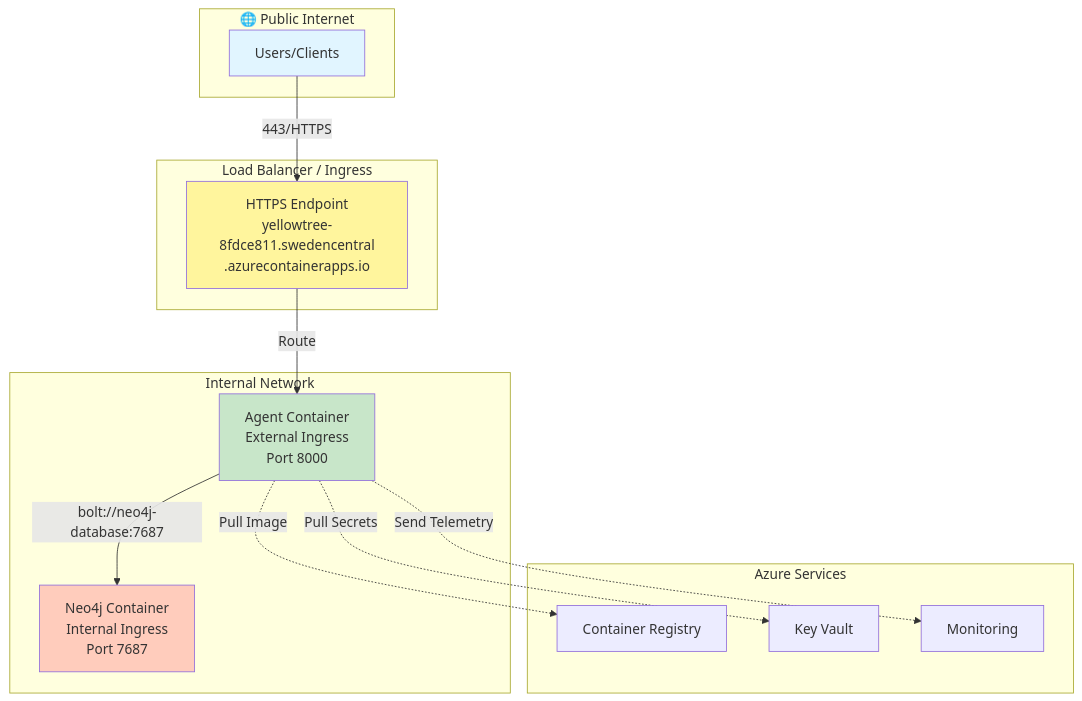
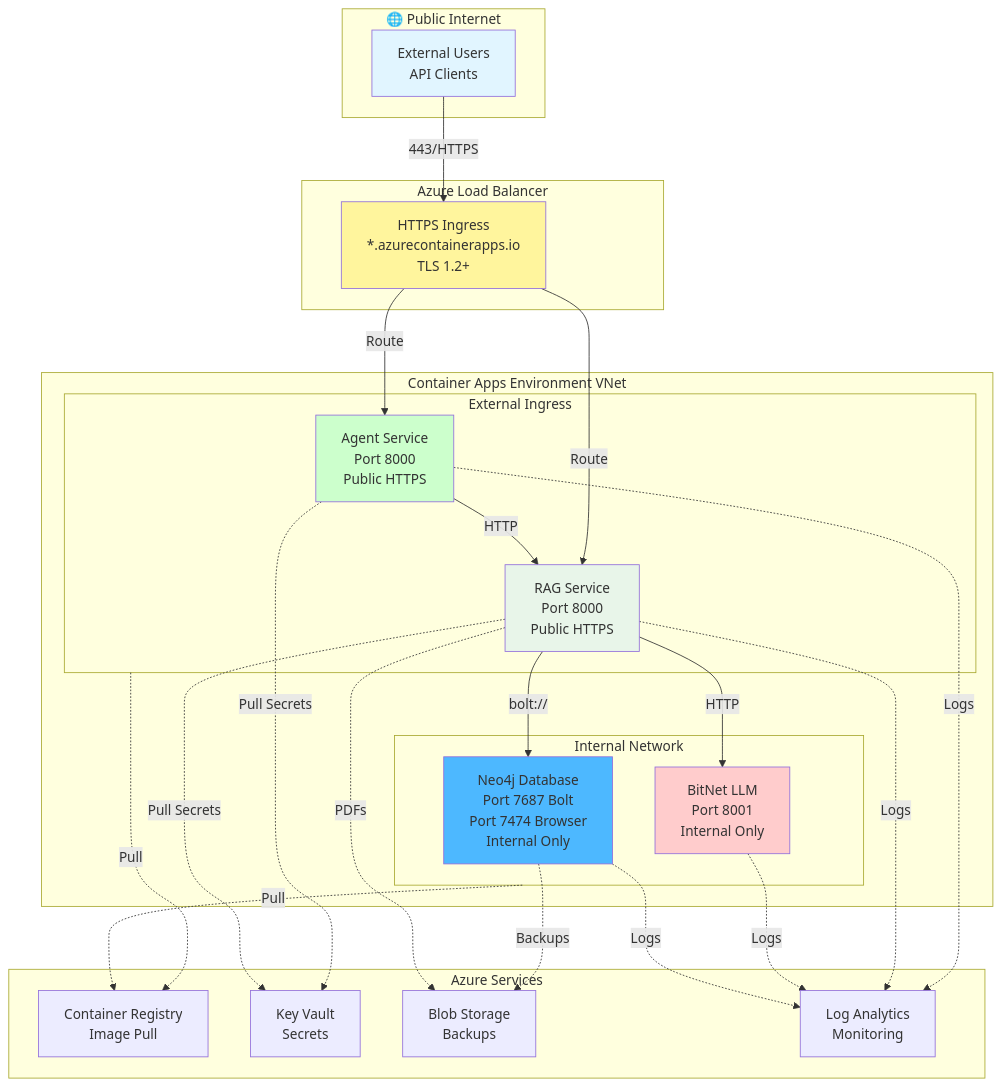
Before and after one commit to ma3u/neo4j-agentframework: the fifth of 15 diagrams in docs/AZURE_ARCHITECTURE.md, drawn with Mermaid. The commit also changed other lines of this file, not shown here.

````diff
--- a/docs/AZURE_ARCHITECTURE.md
+++ b/docs/AZURE_ARCHITECTURE.md
@@ -155,33 +296,57 @@
 ```mermaid
 graph TB
     subgraph Public["🌐 Public Internet"]
-        USERS[Users/Clients]
+        USERS[External Users<br/>API Clients]
     end
 
-    subgraph LB["Load Balancer / Ingress"]
-        HTTPS[HTTPS Endpoint<br/>yellowtree-8fdce811.swedencentral<br/>.azurecontainerapps.io]
+    subgraph LB["Azure Load Balancer"]
+        HTTPS[HTTPS Ingress<br/>*.azurecontainerapps.io<br/>TLS 1.2+]
     end
 
-    subgraph Internal["Internal Network"]
-        AGENT[Agent Container<br/>External Ingress<br/>Port 8000]
-        NEO4J[Neo4j Container<br/>Internal Ingress<br/>Port 7687]
+    subgraph VNet["Container Apps Environment VNet"]
+        subgraph External["External Ingress"]
+            AGENT[Agent Service<br/>Port 8000<br/>Public HTTPS]
+            RAG[RAG Service<br/>Port 8000<br/>Public HTTPS]
+        end
+
+        subgraph Internal["Internal Network"]
+            BITNET[BitNet LLM<br/>Port 8001<br/>Internal Only]
+            NEO4J[Neo4j Database<br/>Port 7687 Bolt<br/>Port 7474 Browser<br/>Internal Only]
+        end
     end
 
     subgraph Services["Azure Services"]
-        ACR_NET[Container Registry]
-        KV[Key Vault]
-        MON[Monitoring]
+        ACR_NET[Container Registry<br/>Image Pull]
+        KV[Key Vault<br/>Secrets]
+        STORAGE[Blob Storage<br/>Backups]
+        MON[Log Analytics<br/>Monitoring]
     end
 
     USERS -->|443/HTTPS| HTTPS
     HTTPS -->|Route| AGENT
-    AGENT -->|bolt://neo4j-database:7687| NEO4J
+    HTTPS -->|Route| RAG
+
+    AGENT -->|HTTP| RAG
+    RAG -->|bolt://| NEO4J
+    RAG -->|HTTP| BITNET
+
     AGENT -.->|Pull Secrets| KV
-    AGENT -.->|Send Telemetry| MON
-    AGENT -.->|Pull Image| ACR_NET
+    RAG -.->|Pull Secrets| KV
+    AGENT -.->|Logs| MON
+    RAG -.->|Logs| MON
+    BITNET -.->|Logs| MON
+    NEO4J -.->|Logs| MON
+
+    NEO4J -.->|Backups| STORAGE
+    RAG -.->|PDFs| STORAGE
+
+    External -.->|Pull| ACR_NET
+    Internal -.->|Pull| ACR_NET
 
     style USERS fill:#e1f5ff
     style HTTPS fill:#fff59d
-    style AGENT fill:#c8e6c9
-    style NEO4J fill:#ffccbc
+    style AGENT fill:#ccffcc
+    style RAG fill:#e8f5e9
+    style BITNET fill:#ffcccc
+    style NEO4J fill:#4db8ff
 ```
````
